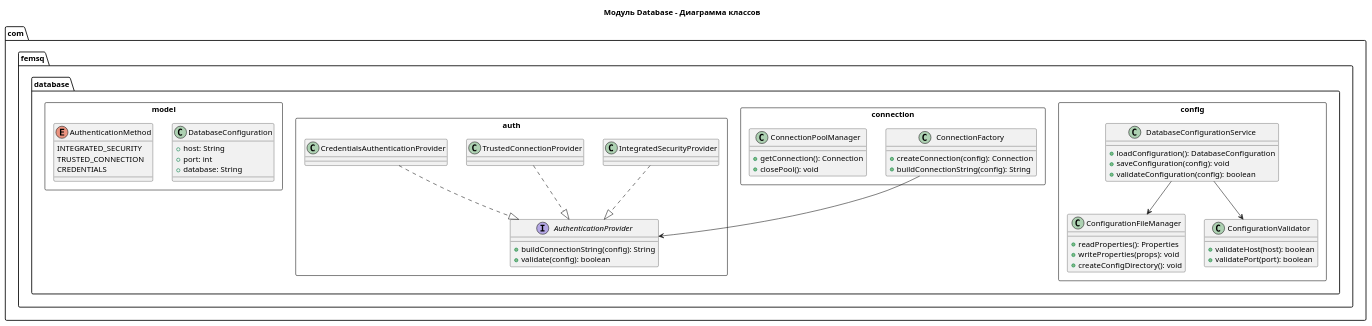
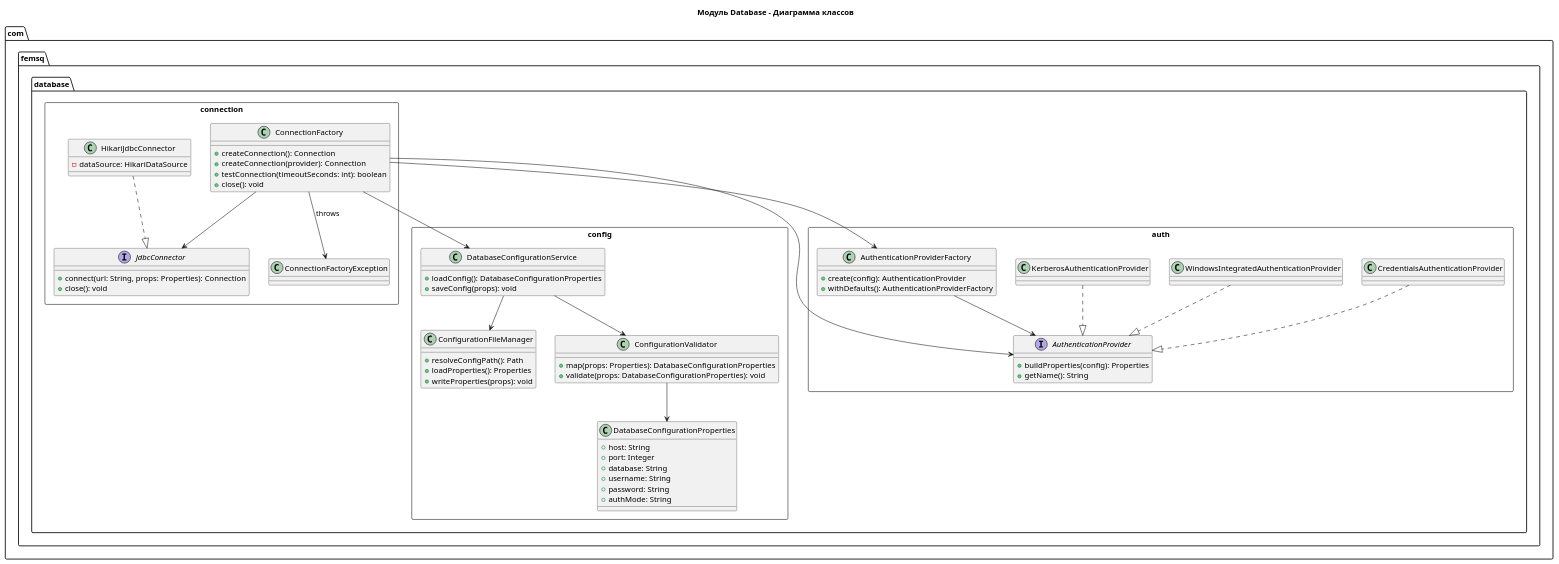
The diagram in docs/project/diagrams/database-module-classes.puml (bondalen/femsq), drawn with PlantUML before and after one commit. The commit also changed 16 other files, not shown here.

Commit message:
Integrate Hikari pool and auth factory

```diff
--- a/docs/project/diagrams/database-module-classes.puml
+++ b/docs/project/diagrams/database-module-classes.puml
@@ -1,72 +1,85 @@
-@startuml Database Module Class Diagram
-
 title Модуль Database - Диаграмма классов
 
 package "com.femsq.database" {
   
   package "config" <<Rectangle>> {
     class DatabaseConfigurationService {
-      + loadConfiguration(): DatabaseConfiguration
-      + saveConfiguration(config): void
-      + validateConfiguration(config): boolean
+      + loadConfig(): DatabaseConfigurationProperties
+      + saveConfig(props): void
     }
     
     class ConfigurationFileManager {
-      + readProperties(): Properties
+      + resolveConfigPath(): Path
+      + loadProperties(): Properties
       + writeProperties(props): void
-      + createConfigDirectory(): void
     }
     
     class ConfigurationValidator {
-      + validateHost(host): boolean
-      + validatePort(port): boolean
+      + map(props: Properties): DatabaseConfigurationProperties
+      + validate(props: DatabaseConfigurationProperties): void
+    }
+    
+    class DatabaseConfigurationProperties {
+      + host: String
+      + port: Integer
+      + database: String
+      + username: String
+      + password: String
+      + authMode: String
     }
   }
   
   package "connection" <<Rectangle>> {
     class ConnectionFactory {
-      + createConnection(config): Connection
-      + buildConnectionString(config): String
+      + createConnection(): Connection
+      + createConnection(provider): Connection
+      + testConnection(timeoutSeconds: int): boolean
+      + close(): void
     }
     
-    class ConnectionPoolManager {
-      + getConnection(): Connection
-      + closePool(): void
+    interface JdbcConnector {
+      + connect(url: String, props: Properties): Connection
+      + close(): void
     }
+    
+    class HikariJdbcConnector {
+      - dataSource: HikariDataSource
+    }
+    
+    class ConnectionFactoryException
   }
   
   package "auth" <<Rectangle>> {
     interface AuthenticationProvider {
-      + buildConnectionString(config): String
-      + validate(config): boolean
+      + buildProperties(config): Properties
+      + getName(): String
     }
     
-    class IntegratedSecurityProvider
-    class TrustedConnectionProvider
     class CredentialsAuthenticationProvider
-  }
-  
-  package "model" <<Rectangle>> {
-    class DatabaseConfiguration {
-      + host: String
-      + port: int
-      + database: String
-    }
+    class WindowsIntegratedAuthenticationProvider
+    class KerberosAuthenticationProvider
     
-    enum AuthenticationMethod {
-      INTEGRATED_SECURITY
-      TRUSTED_CONNECTION
-      CREDENTIALS
+    class AuthenticationProviderFactory {
+      + create(config): AuthenticationProvider
+      + withDefaults(): AuthenticationProviderFactory
     }
   }
 }
 
-IntegratedSecurityProvider ..|> AuthenticationProvider
-TrustedConnectionProvider ..|> AuthenticationProvider  
-CredentialsAuthenticationProvider ..|> AuthenticationProvider
-
 DatabaseConfigurationService --> ConfigurationFileManager
 DatabaseConfigurationService --> ConfigurationValidator
+ConfigurationValidator --> DatabaseConfigurationProperties
+
+ConnectionFactory --> DatabaseConfigurationService
+ConnectionFactory --> AuthenticationProviderFactory
 ConnectionFactory --> AuthenticationProvider
+ConnectionFactory --> JdbcConnector
+ConnectionFactory --> ConnectionFactoryException : throws
+HikariJdbcConnector ..|> JdbcConnector
+
+AuthenticationProviderFactory --> AuthenticationProvider
+CredentialsAuthenticationProvider ..|> AuthenticationProvider
+WindowsIntegratedAuthenticationProvider ..|> AuthenticationProvider
+KerberosAuthenticationProvider ..|> AuthenticationProvider
 
 @enduml
```
